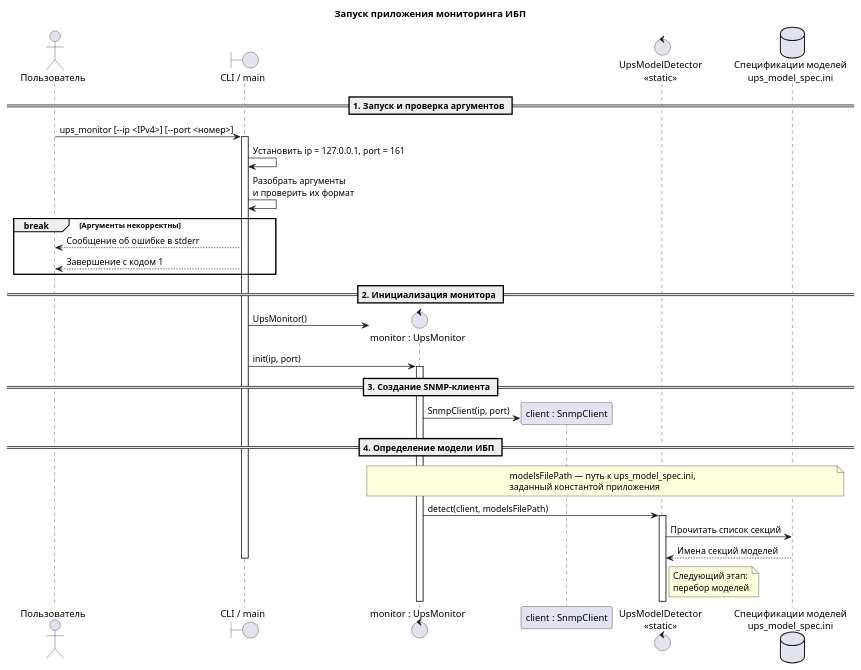
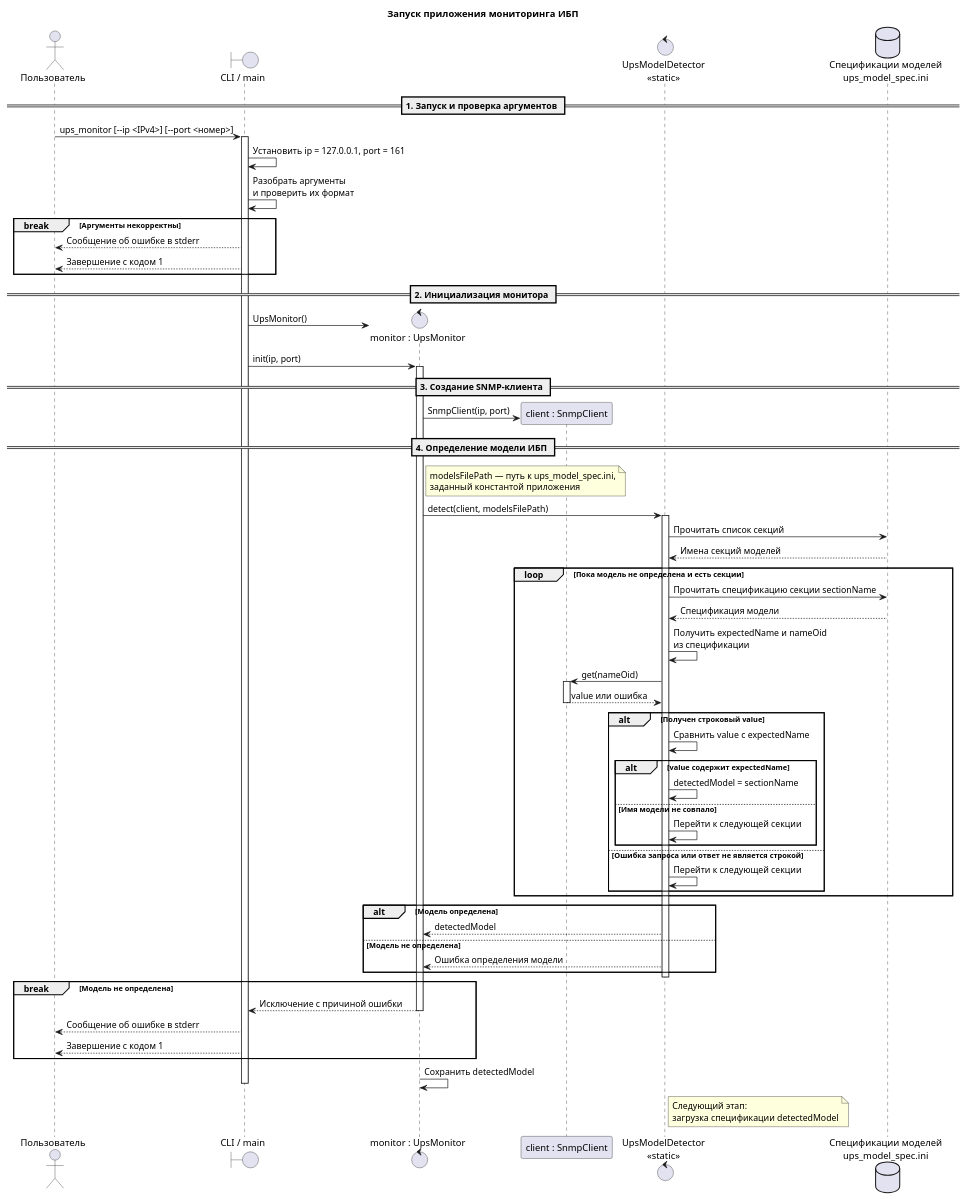
The diagram in docs/technical_specification/sequence_diagram.puml (dvbgmdev-otus/ups_monitor), drawn with PlantUML before and after one commit.

Commit message:
docs(ups): описано определение модели ИБП

```diff
--- a/docs/technical_specification/sequence_diagram.puml
+++ b/docs/technical_specification/sequence_diagram.puml
@@ -1,53 +1,91 @@
 @startuml ups_monitor_sequence
 title Запуск приложения мониторинга ИБП
 
 actor "Пользователь" as User
 boundary "CLI / main" as CLI
 
 == 1. Запуск и проверка аргументов ==
 
 User -> CLI: ups_monitor [~--ip <IPv4>] [~--port <номер>]
 activate CLI
 
 CLI -> CLI: Установить ip = 127.0.0.1, port = 161
 CLI -> CLI: Разобрать аргументы\nи проверить их формат
 
 break Аргументы некорректны
     CLI --> User: Сообщение об ошибке в stderr
     CLI --> User: Завершение с кодом 1
 end
 
 == 2. Инициализация монитора ==
 
 create control "monitor : UpsMonitor" as Monitor
 CLI -> Monitor: UpsMonitor()
 CLI -> Monitor: init(ip, port)
 activate Monitor
 
 == 3. Создание SNMP-клиента ==
 
 create participant "client : SnmpClient" as Snmp
 Monitor -> Snmp: SnmpClient(ip, port)
 
 == 4. Определение модели ИБП ==
 
 control "UpsModelDetector\n<<static>>" as Detector
 database "Спецификации моделей\nups_model_spec.ini" as ModelsDb
 
-note over Monitor, ModelsDb
+note right of Monitor
     modelsFilePath — путь к ups_model_spec.ini,
     заданный константой приложения
 end note
 
 Monitor -> Detector: detect(client, modelsFilePath)
 activate Detector
 Detector -> ModelsDb: Прочитать список секций
 ModelsDb --> Detector: Имена секций моделей
 
+loop Пока модель не определена и есть секции
+    Detector -> ModelsDb: Прочитать спецификацию секции sectionName
+    ModelsDb --> Detector: Спецификация модели
+    Detector -> Detector: Получить expectedName и nameOid\nиз спецификации
+    Detector -> Snmp: get(nameOid)
+    activate Snmp
+    Snmp --> Detector: value или ошибка
+    deactivate Snmp
+
+    alt Получен строковый value
+        Detector -> Detector: Сравнить value с expectedName
+
+        alt value содержит expectedName
+            Detector -> Detector: detectedModel = sectionName
+        else Имя модели не совпало
+            Detector -> Detector: Перейти к следующей секции
+        end
+    else Ошибка запроса или ответ не является строкой
+        Detector -> Detector: Перейти к следующей секции
+    end
+end
+
+alt Модель определена
+    Detector --> Monitor: detectedModel
+else Модель не определена
+    Detector --> Monitor: Ошибка определения модели
+end
+deactivate Detector
+
+break Модель не определена
+    Monitor --> CLI: Исключение с причиной ошибки
+    deactivate Monitor
+    CLI --> User: Сообщение об ошибке в stderr
+    CLI --> User: Завершение с кодом 1
+end
+
+Monitor -> Monitor: Сохранить detectedModel
+
 note right of Detector
     Следующий этап:
-    перебор моделей
+    загрузка спецификации detectedModel
 end note
 
 deactivate CLI
 @enduml
```
